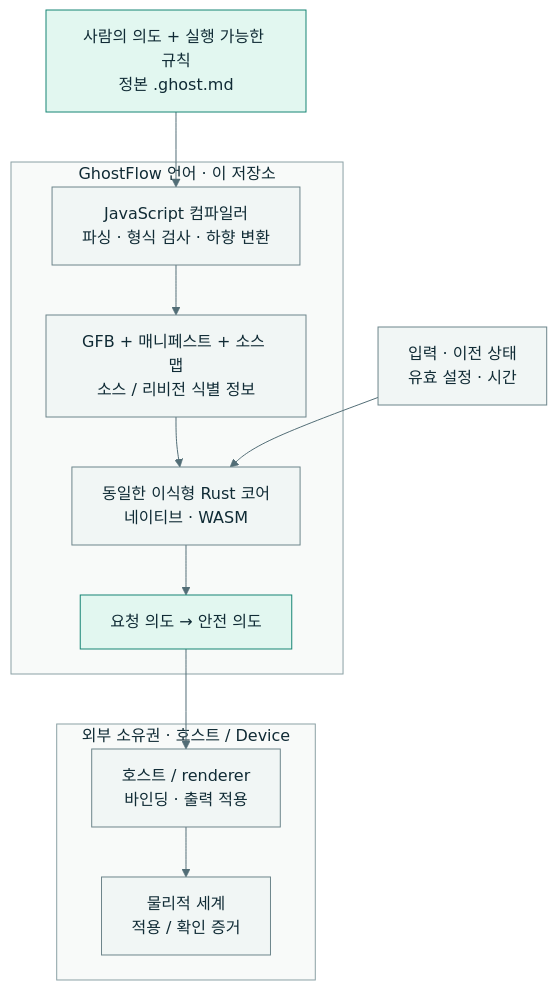
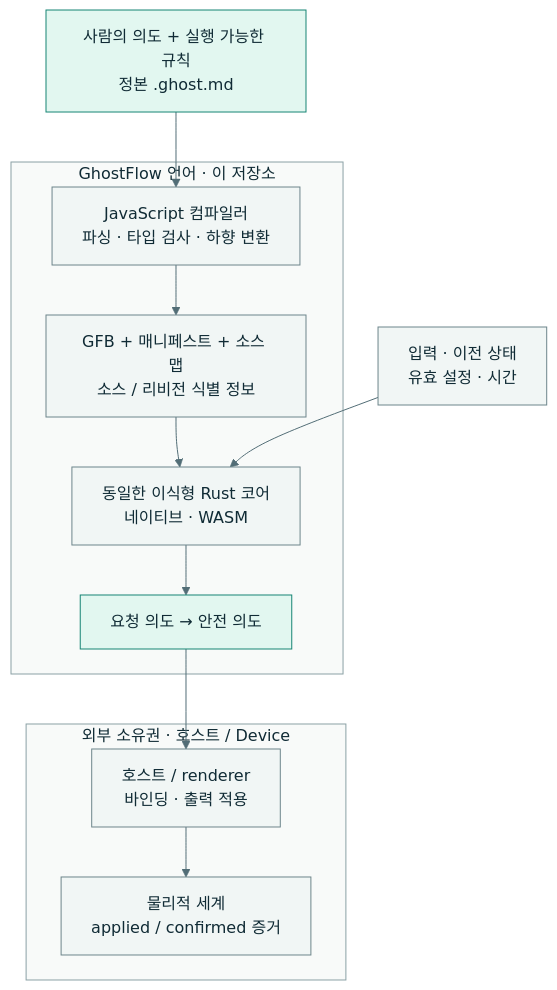
The diagram in README.ko.md (callin2/ghostflow-language), drawn with Mermaid before and after one commit. The commit also changed other lines of this file and 2455 other files, not shown here.

Commit message:
docs: recover Copilot rewrites, multilingual guides and diagram tooling (#614)

````diff
--- a/README.ko.md
+++ b/README.ko.md
@@ -61,25 +80,25 @@
 ```mermaid
 flowchart TB
   source["사람의 의도 + 실행 가능한 규칙<br>정본 .ghost.md"]
   subgraph language["GhostFlow 언어 · 이 저장소"]
-    compiler["JavaScript 컴파일러<br>파싱 · 형식 검사 · 하향 변환"]
+    compiler["JavaScript 컴파일러<br>파싱 · 타입 검사 · 하향 변환"]
     artifacts["GFB + 매니페스트 + 소스 맵<br>소스 / 리비전 식별 정보"]
     core["동일한 이식형 Rust 코어<br>네이티브 · WASM"]
     intent["요청 의도 → 안전 의도"]
     compiler --> artifacts --> core --> intent
   end
   source --> compiler
   conditions["입력 · 이전 상태<br>유효 설정 · 시간"] --> core
   subgraph external["외부 소유권 · 호스트 / Device"]
     driver["호스트 / renderer<br>바인딩 · 출력 적용"]
-    world["물리적 세계<br>적용 / 확인 증거"]
+    world["물리적 세계<br>applied / confirmed 증거"]
     driver --> world
   end
   intent --> driver
   classDef default fill:#f1f6f5,stroke:#6d858b,color:#102b35
   classDef accent fill:#e2f7f0,stroke:#168574,color:#102b35
   class source,intent accent
   style language fill:#f8faf9,stroke:#8ba1a5,color:#102b35
   style external fill:#f8faf9,stroke:#8ba1a5,color:#102b35
   linkStyle default stroke:#526d76,color:#102b35
 ```
````
